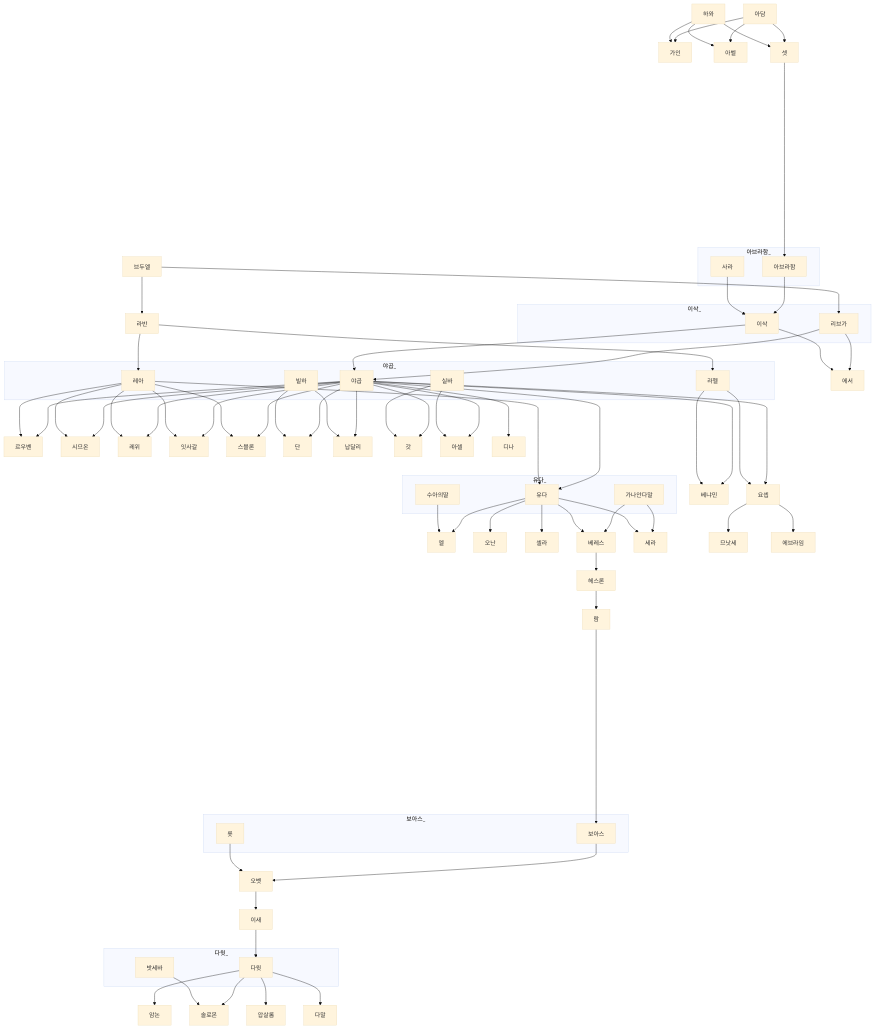
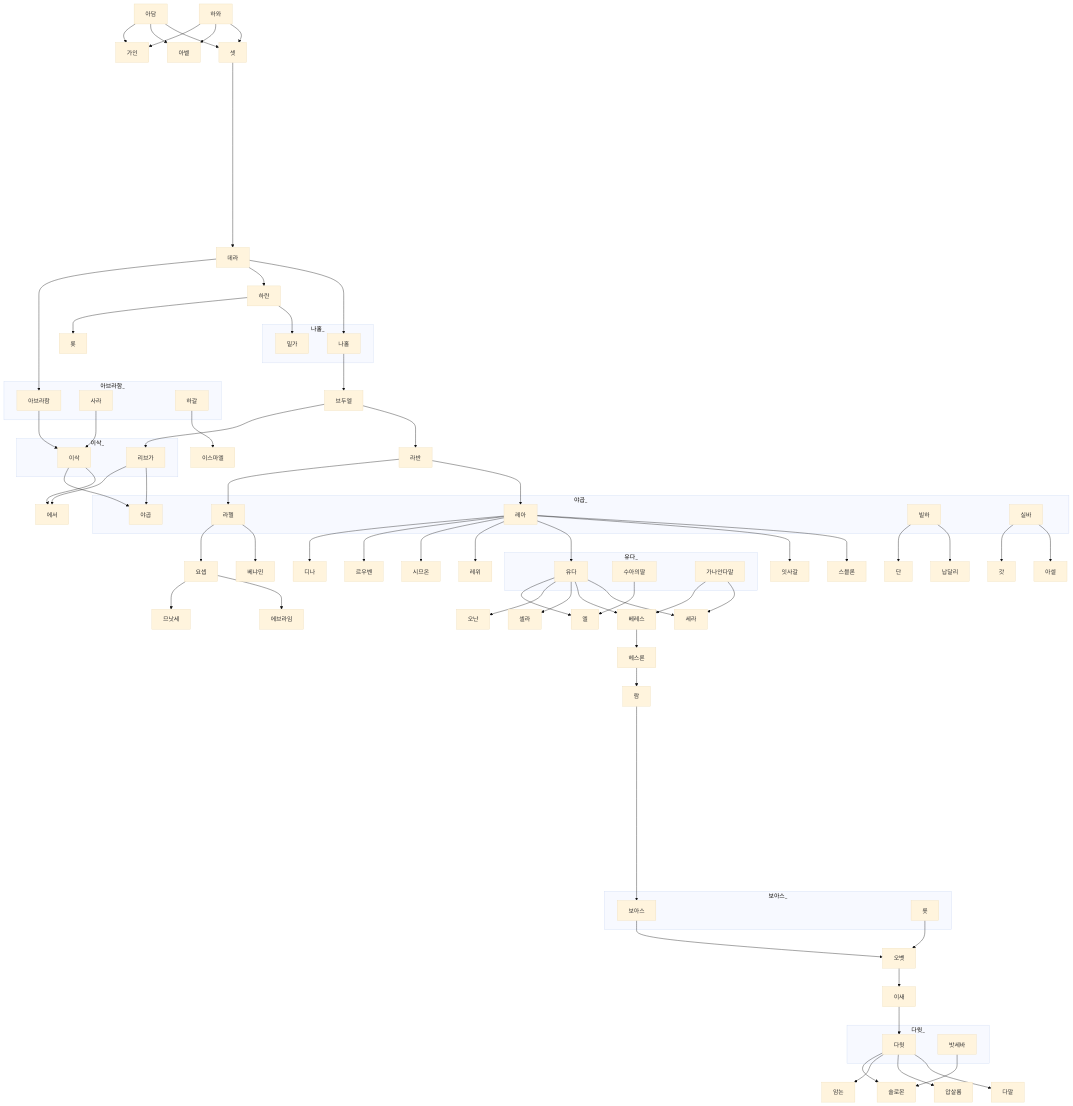
Before and after one commit to daewonyoon/historigram: the diagram in 기독교/성경가계도.md, drawn with Mermaid (base theme).

Commit message:
성경가계도

```diff
--- a/기독교/성경가계도.md
+++ b/기독교/성경가계도.md
@@ -10,12 +10,23 @@
  하와 --> 셋
  
  
- 셋 -------------------> 아브라함 --> 이삭
+ 셋 -------------------> 데라 --> 아브라함 --> 이삭
  사라 --> 이삭
+ 하갈 --> 이스마엘
 
+  데라 --> 하란 --> 롯
+  하란 --> 밀가
+  데라 --> 나홀 --> 브두엘
+
+ subgraph 나홀_
+ 나홀
+ 밀가
+ end 
+ 
  subgraph 아브라함_
  아브라함
  사라
+ 하갈
  end
 
  브두엘 --> 리브가
@@ -42,19 +53,7 @@
  이삭 --> 야곱
  이삭 --> 에서
  
- 야곱 ---> 르우벤
- 야곱 ---> 시므온
- 야곱 ---> 레위
- 야곱 ----> 유다
- 야곱 ---> 잇사갈
- 야곱 ---> 스블론
- 야곱 ---> 단
- 야곱 ---> 납달리
- 야곱 ---> 갓
- 야곱 ---> 아셀
- 야곱 ----> 베냐민
- 야곱 ---> 디나
- 야곱 ----> 요셉
+ 레아 --> 디나
  레아 --> 르우벤
  레아 --> 시므온
  레아 --> 레위
```
